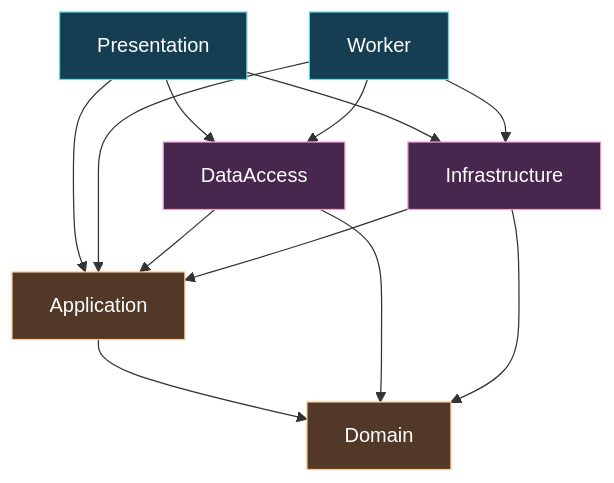
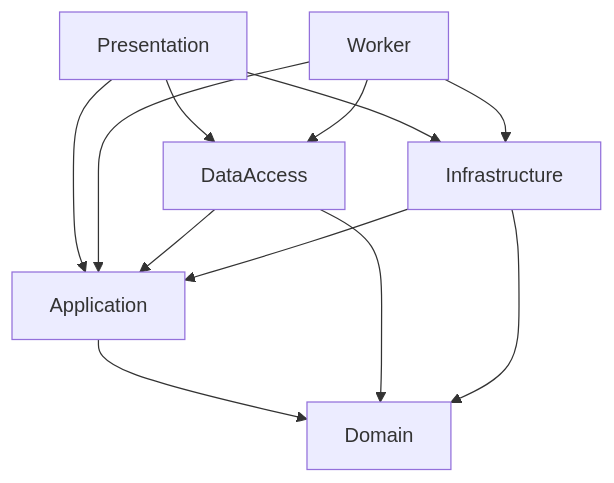
Before and after one commit to Jafarli-Mahammad/Liner-Notes: the diagram in README-Developer.md, drawn with Mermaid. The commit also changed other lines of this file and 4 other files, not shown here.

````diff
--- a/README-Developer.md
+++ b/README-Developer.md
@@ -48,20 +56,14 @@
 ```mermaid
 flowchart TB
-    Presentation["Presentation"] --> Application["Application"]
-    Worker["Worker"] --> Application
-    Presentation --> DataAccess["DataAccess"]
-    Worker --> DataAccess
-    Presentation --> Infrastructure["Infrastructure"]
-    Worker --> Infrastructure
-    DataAccess --> Application
-    Infrastructure --> Application
-    Application --> Domain["Domain"]
-    DataAccess --> Domain
-    Infrastructure --> Domain
-    classDef host fill:#153e53,color:#fff,stroke:#67d8da
-    classDef adapter fill:#48274e,color:#fff,stroke:#f4a1ca
-    classDef core fill:#513827,color:#fff,stroke:#ffc58f
-    class Presentation,Worker host
-    class DataAccess,Infrastructure adapter
-    class Application,Domain core
+    Web[Presentation] --> App[Application]
+    Worker[Worker] --> App
+    Web --> Data[DataAccess]
+    Worker --> Data
+    Web --> Infra[Infrastructure]
+    Worker --> Infra
+    Data --> App
+    Infra --> App
+    App --> Domain[Domain]
+    Data --> Domain
+    Infra --> Domain
 ```
````
